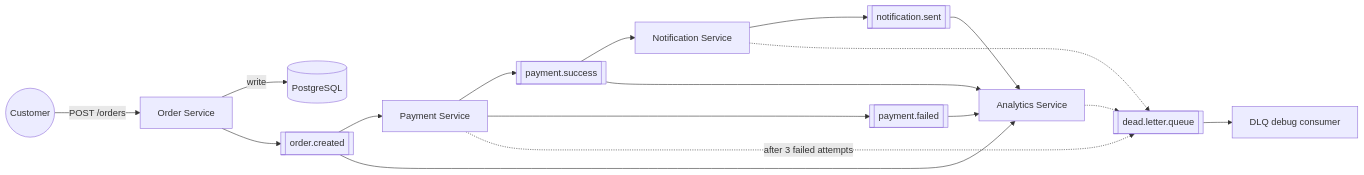
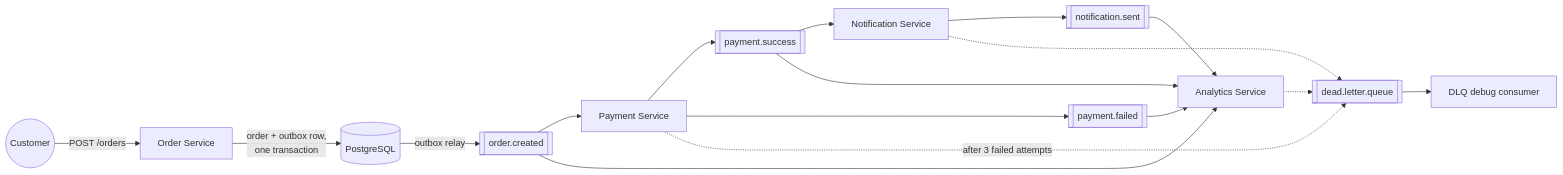
The first of 2 diagrams in README.md (jindalyash07/StreamForge), drawn with Mermaid before and after one commit. The commit also changed other lines of this file and 21 other files, not shown here.

````diff
--- a/README.md
+++ b/README.md
@@ -38,19 +38,19 @@
 ```mermaid
 flowchart LR
     C((Customer)) -->|POST /orders| O[Order Service]
-    O -->|write| DB[(PostgreSQL)]
-    O --> T1[[order.created]]
+    O -->|order + outbox row,<br/>one transaction| DB[(PostgreSQL)]
+    DB -->|outbox relay| T1[[order.created]]
     T1 --> P[Payment Service]
     T1 --> A[Analytics Service]
     P --> T2[[payment.success]]
     P --> T3[[payment.failed]]
     T2 --> N[Notification Service]
     N --> T4[[notification.sent]]
     T2 --> A
     T3 --> A
     T4 --> A
     P -. after 3 failed attempts .-> DLQ[[dead.letter.queue]]
     N -.-> DLQ
     A -.-> DLQ
     DLQ --> D[DLQ debug consumer]
 ```
````
